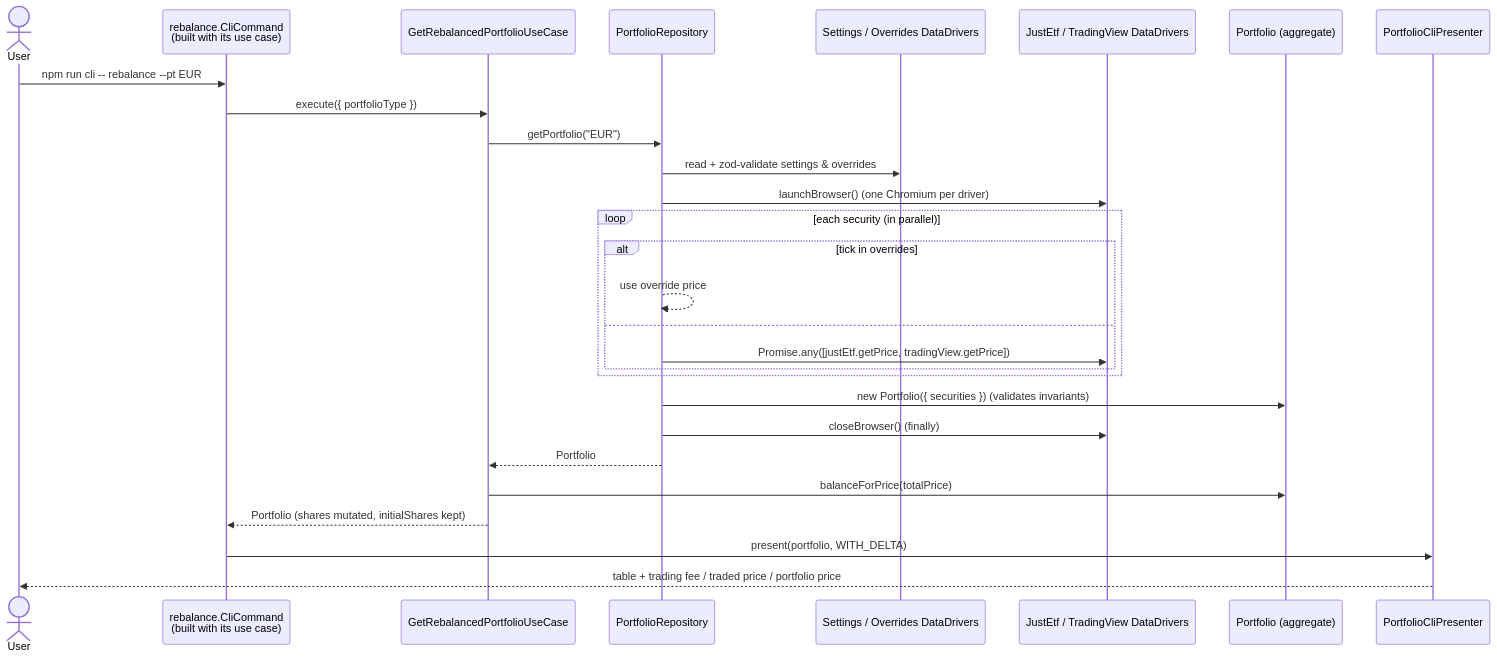
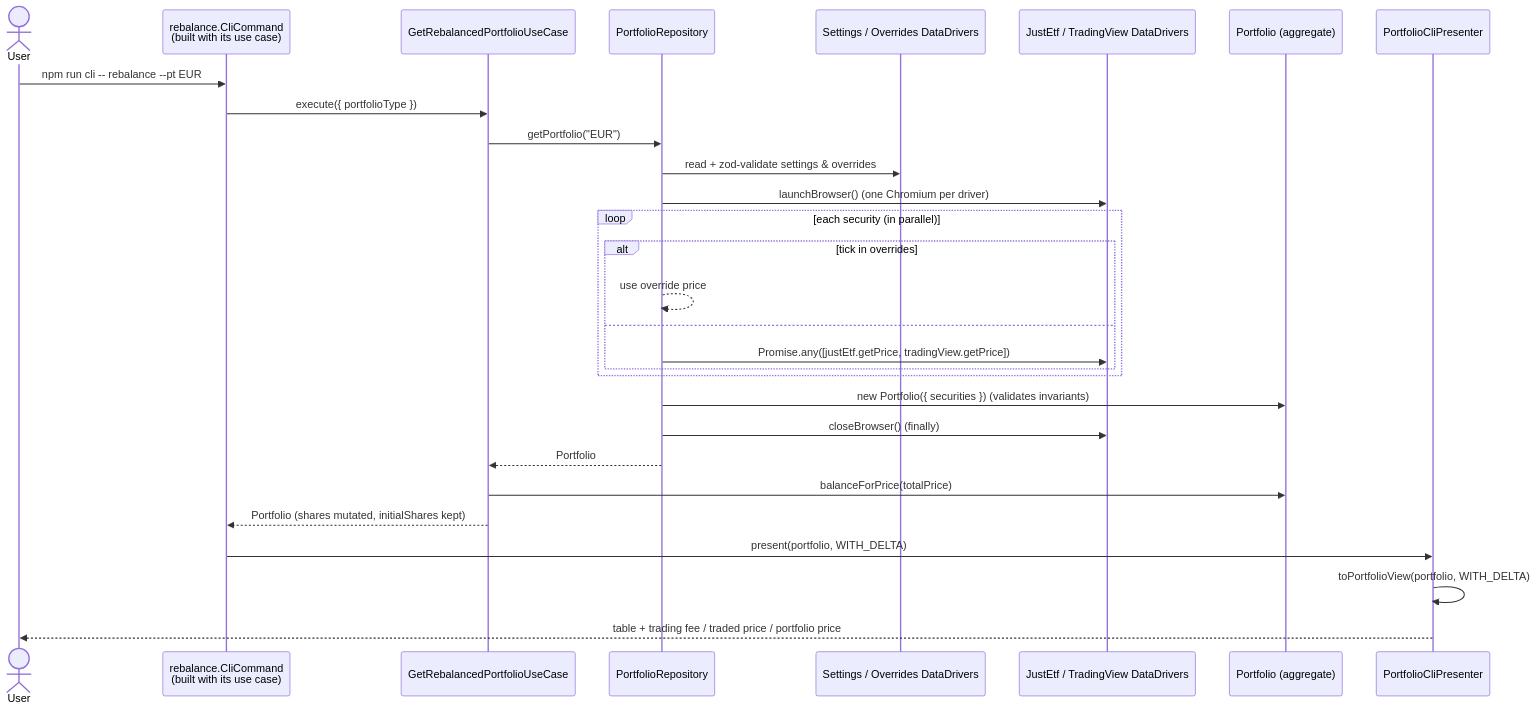
The third of 3 diagrams in docs/architecture/overview.md (armaaar/stock-calc), drawn with Mermaid before and after one commit. The commit also changed other lines of this file and 9 other files, not shown here.

Commit message:
refactor: share one portfolio view model between the cli and mcp presenters

````diff
--- a/docs/architecture/overview.md
+++ b/docs/architecture/overview.md
@@ -75,31 +77,32 @@
 ```mermaid
 sequenceDiagram
   actor U as User
   participant C as rebalance.CliCommand<br/>(built with its use case)
   participant UC as GetRebalancedPortfolioUseCase
   participant R as PortfolioRepository
   participant S as Settings / Overrides DataDrivers
   participant P as JustEtf / TradingView DataDrivers
   participant E as Portfolio (aggregate)
   participant V as PortfolioCliPresenter
 
   U->>C: npm run cli -- rebalance --pt EUR
   C->>UC: execute({ portfolioType })
   UC->>R: getPortfolio("EUR")
   R->>S: read + zod-validate settings & overrides
   R->>P: launchBrowser() (one Chromium per driver)
   loop each security (in parallel)
     alt tick in overrides
       R-->>R: use override price
     else
       R->>P: Promise.any([justEtf.getPrice, tradingView.getPrice])
     end
   end
   R->>E: new Portfolio({ securities }) (validates invariants)
   R->>P: closeBrowser() (finally)
   R-->>UC: Portfolio
   UC->>E: balanceForPrice(totalPrice)
   UC-->>C: Portfolio (shares mutated, initialShares kept)
   C->>V: present(portfolio, WITH_DELTA)
+  V->>V: toPortfolioView(portfolio, WITH_DELTA)
   V-->>U: table + trading fee / traded price / portfolio price
 ```
````
